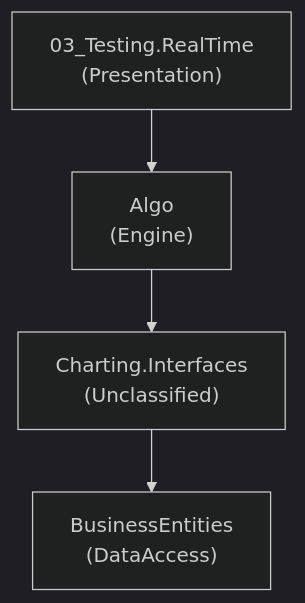
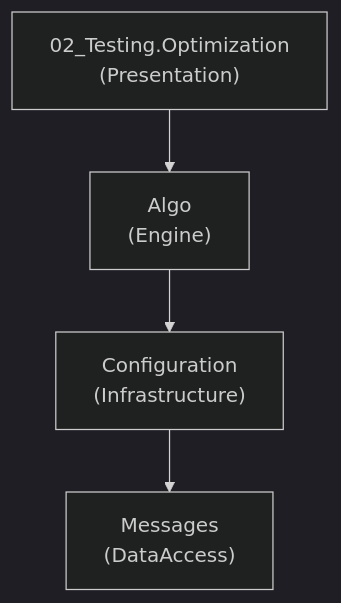
One commit to GanizaniSitara/tools-static-analysis changed the diagram in output-stocksharp/diagrams/flow-path-9.mmd. Above: the diagram before and after it, drawn with Mermaid (dark theme). The commit also changed 27 other files, not shown here.

```diff
--- a/output-stocksharp/diagrams/flow-path-9.mmd
+++ b/output-stocksharp/diagrams/flow-path-9.mmd
@@ -1,8 +1,8 @@
 graph TD
-    03_Testing_RealTime["03_Testing.RealTime\n(Presentation)"]
+    02_Testing_Optimization["02_Testing.Optimization\n(Presentation)"]
     Algo["Algo\n(Engine)"]
-    03_Testing_RealTime --> Algo
-    Charting_Interfaces["Charting.Interfaces\n(Unclassified)"]
-    Algo --> Charting_Interfaces
-    BusinessEntities["BusinessEntities\n(DataAccess)"]
-    Charting_Interfaces --> BusinessEntities
+    02_Testing_Optimization --> Algo
+    Configuration["Configuration\n(Infrastructure)"]
+    Algo --> Configuration
+    Messages["Messages\n(DataAccess)"]
+    Configuration --> Messages
```
